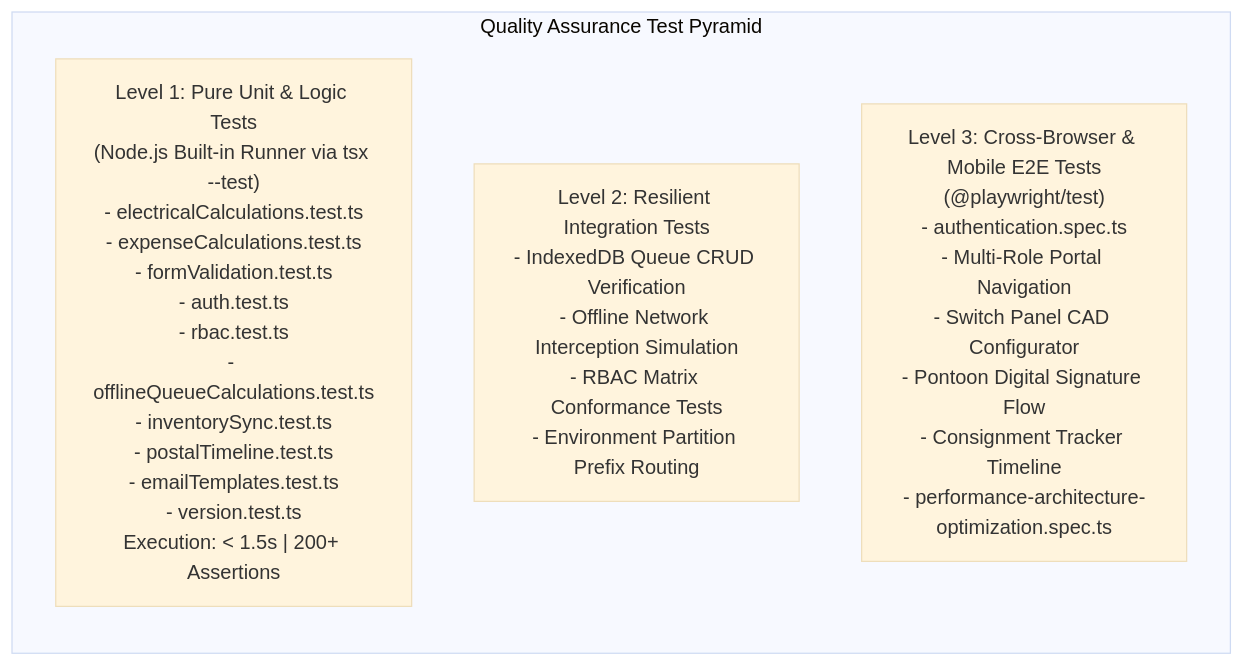
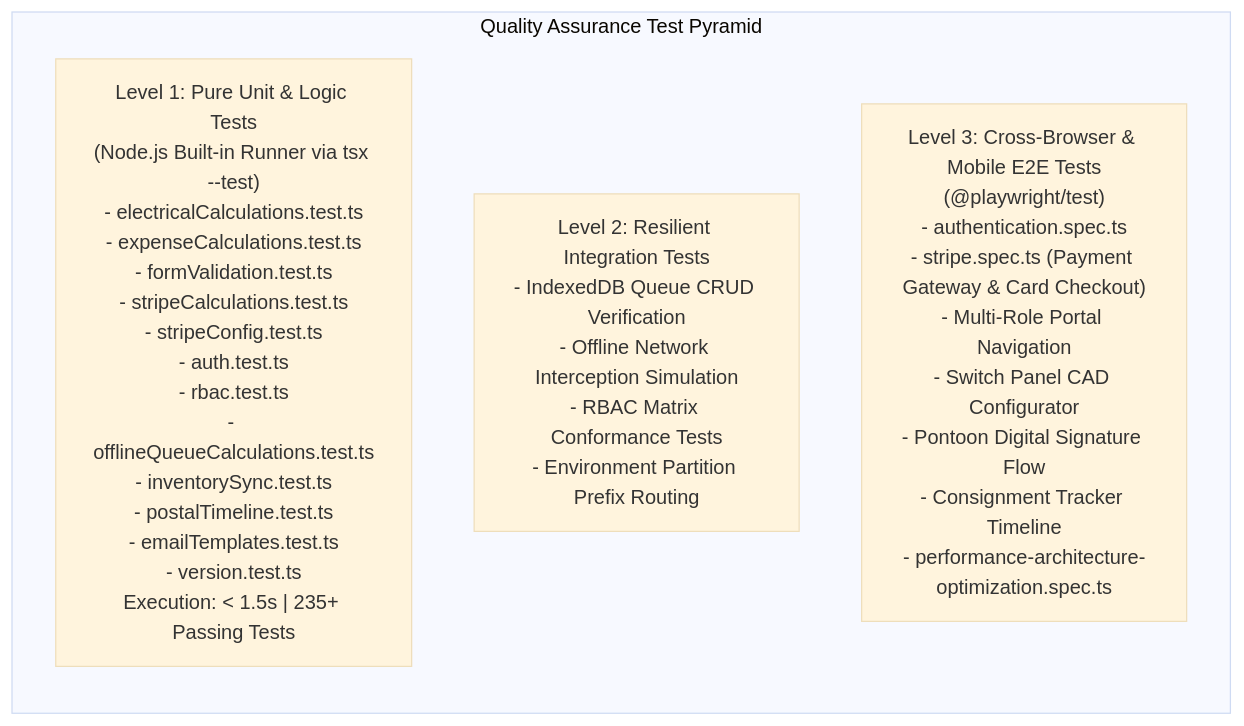
Before and after one commit to AnthonyWrather/ajwmes: the sixth of 7 diagrams in DESIGN.md, drawn with Mermaid (base theme). The commit also changed other lines of this file and 18 other files, not shown here.

First line of the commit message:
feat(stripe): integrate Stripe payment gateway for hardware checkout and quote deposits

````diff
--- a/DESIGN.md
+++ b/DESIGN.md
@@ -519,11 +530,11 @@
 ```mermaid
 graph BT
     subgraph TestPyramid["Quality Assurance Test Pyramid"]
         direction BT
-        Unit["Level 1: Pure Unit & Logic Tests\n(Node.js Built-in Runner via tsx --test)\n- electricalCalculations.test.ts\n- expenseCalculations.test.ts\n- formValidation.test.ts\n- auth.test.ts\n- rbac.test.ts\n- offlineQueueCalculations.test.ts\n- inventorySync.test.ts\n- postalTimeline.test.ts\n- emailTemplates.test.ts\n- version.test.ts\nExecution: < 1.5s | 200+ Assertions"]
+        Unit["Level 1: Pure Unit & Logic Tests\n(Node.js Built-in Runner via tsx --test)\n- electricalCalculations.test.ts\n- expenseCalculations.test.ts\n- formValidation.test.ts\n- stripeCalculations.test.ts\n- stripeConfig.test.ts\n- auth.test.ts\n- rbac.test.ts\n- offlineQueueCalculations.test.ts\n- inventorySync.test.ts\n- postalTimeline.test.ts\n- emailTemplates.test.ts\n- version.test.ts\nExecution: < 1.5s | 235+ Passing Tests"]
         
         Integration["Level 2: Resilient Integration Tests\n- IndexedDB Queue CRUD Verification\n- Offline Network Interception Simulation\n- RBAC Matrix Conformance Tests\n- Environment Partition Prefix Routing"]
         
-        E2E["Level 3: Cross-Browser & Mobile E2E Tests\n(@playwright/test)\n- authentication.spec.ts\n- Multi-Role Portal Navigation\n- Switch Panel CAD Configurator\n- Pontoon Digital Signature Flow\n- Consignment Tracker Timeline\n- performance-architecture-optimization.spec.ts"]
+        E2E["Level 3: Cross-Browser & Mobile E2E Tests\n(@playwright/test)\n- authentication.spec.ts\n- stripe.spec.ts (Payment Gateway & Card Checkout)\n- Multi-Role Portal Navigation\n- Switch Panel CAD Configurator\n- Pontoon Digital Signature Flow\n- Consignment Tracker Timeline\n- performance-architecture-optimization.spec.ts"]
     end
 ```
````
